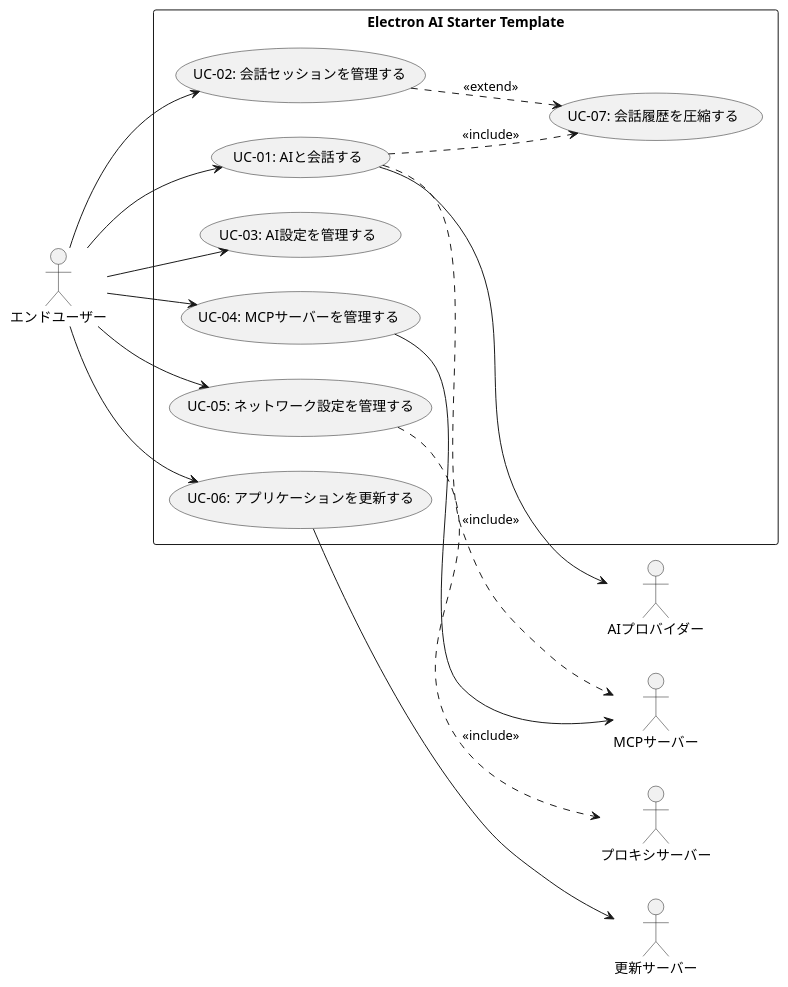
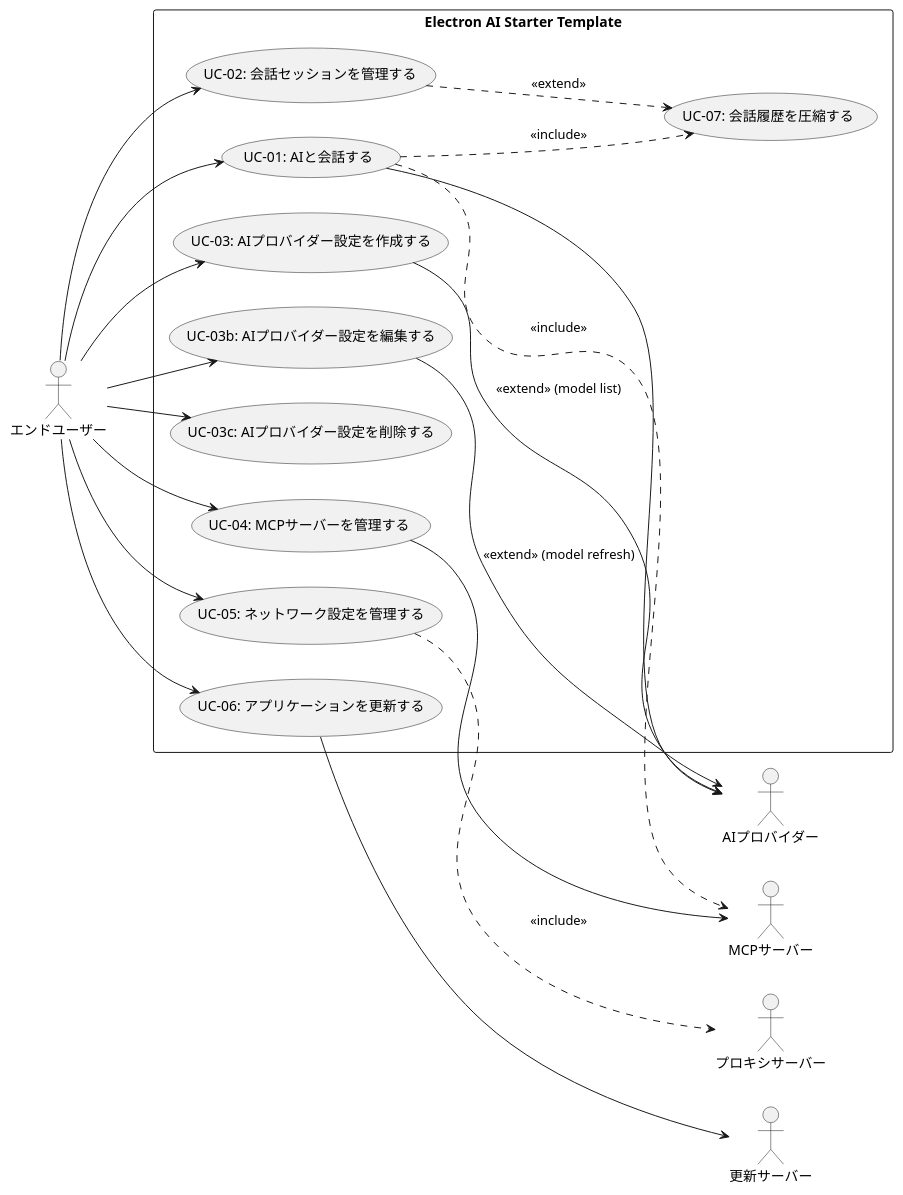
The diagram in docs_UP/ユースケースモデル.md (mosaan/electron-ai-starter), drawn with PlantUML before and after one commit. The commit also changed other lines of this file and 4 other files, not shown here.

````diff
--- a/docs_UP/ユースケースモデル.md
+++ b/docs_UP/ユースケースモデル.md
@@ -283,38 +385,44 @@
 ```plantuml
 @startuml
 left to right direction
 skinparam packageStyle rectangle
 
 actor "エンドユーザー" as User
 actor "AIプロバイダー" as AIProvider
 actor "MCPサーバー" as MCPServer
 actor "更新サーバー" as UpdateServer
 actor "プロキシサーバー" as ProxyServer
 
 rectangle "Electron AI Starter Template" {
   usecase "UC-01: AIと会話する" as UC01
   usecase "UC-02: 会話セッションを管理する" as UC02
-  usecase "UC-03: AI設定を管理する" as UC03
+  usecase "UC-03: AIプロバイダー設定を作成する" as UC03
+  usecase "UC-03b: AIプロバイダー設定を編集する" as UC03b
+  usecase "UC-03c: AIプロバイダー設定を削除する" as UC03c
   usecase "UC-04: MCPサーバーを管理する" as UC04
   usecase "UC-05: ネットワーク設定を管理する" as UC05
   usecase "UC-06: アプリケーションを更新する" as UC06
   usecase "UC-07: 会話履歴を圧縮する" as UC07
 }
 
 User --> UC01
 User --> UC02
 User --> UC03
+User --> UC03b
+User --> UC03c
 User --> UC04
 User --> UC05
 User --> UC06
 
 UC01 --> AIProvider
 UC01 ..> MCPServer : <<include>>
 UC01 ..> UC07 : <<include>>
 UC02 ..> UC07 : <<extend>>
+UC03 --> AIProvider : <<extend>> (model list)
+UC03b --> AIProvider : <<extend>> (model refresh)
 UC04 --> MCPServer
 UC05 ..> ProxyServer : <<include>>
 UC06 --> UpdateServer
 
 @enduml
 ```
````
